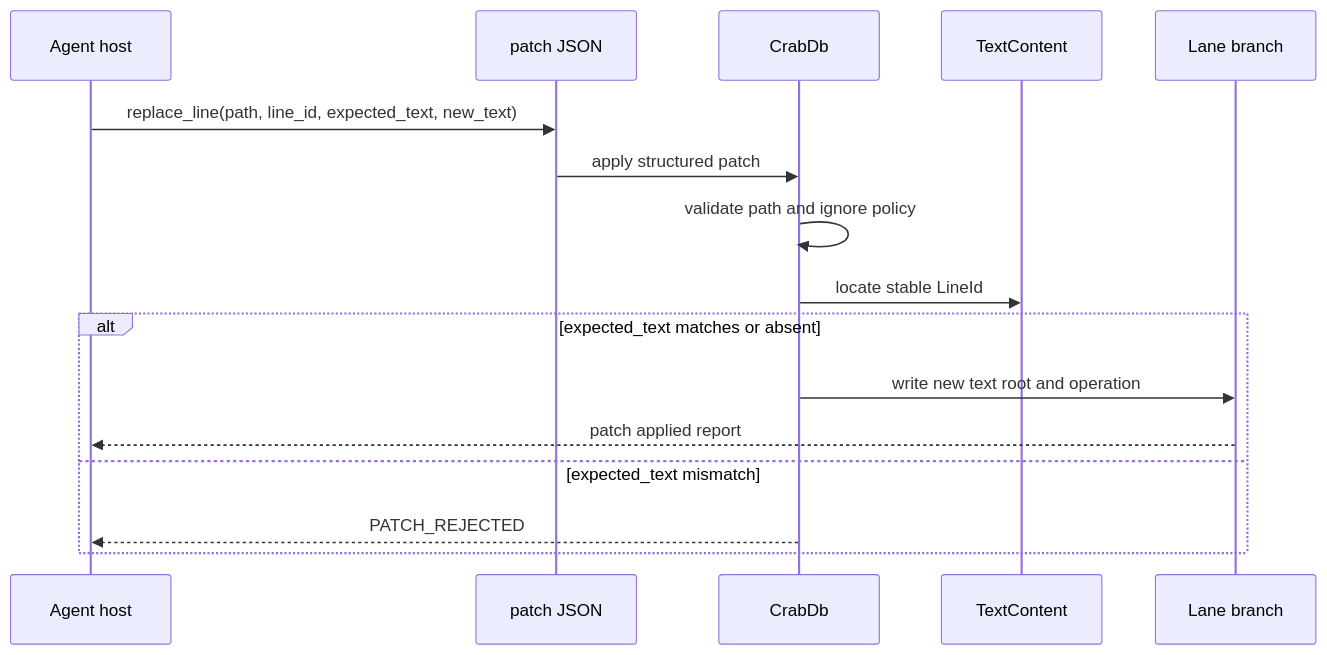
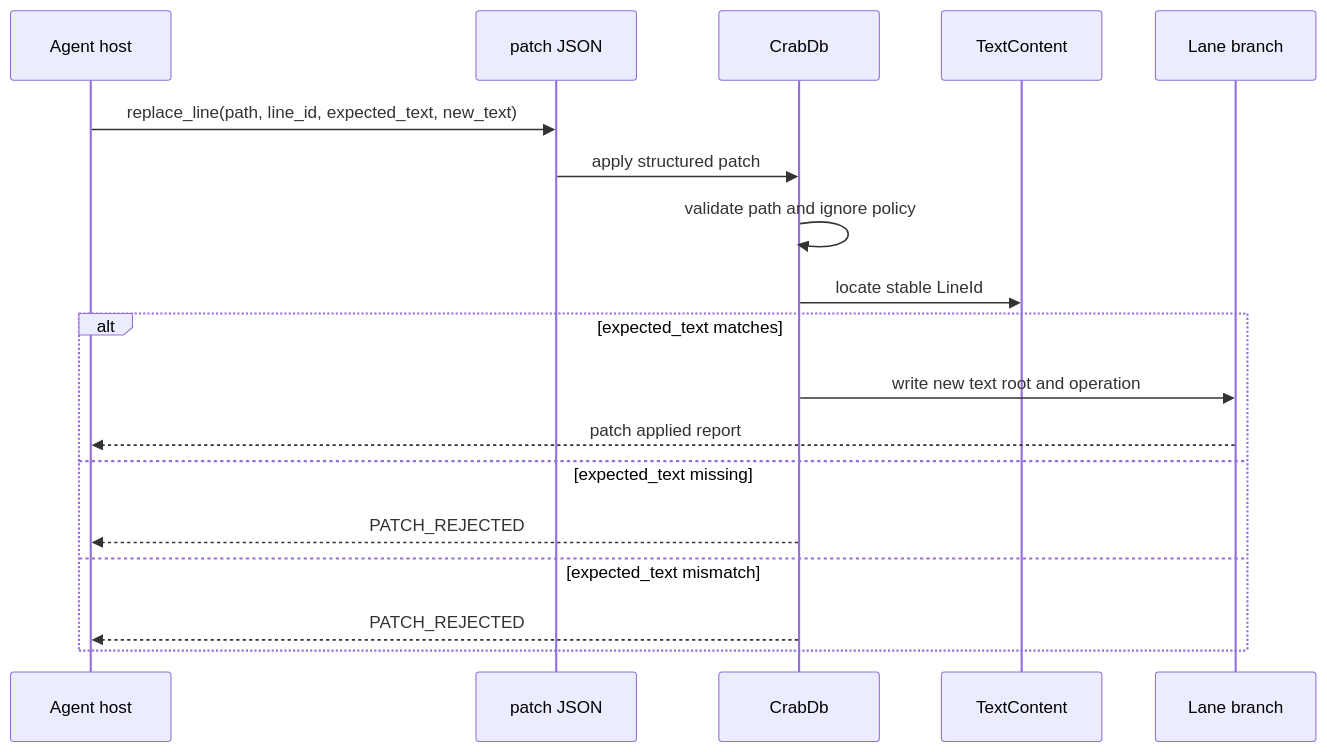
Before and after one commit to crabbuild/trail: the third of 3 diagrams in docs/design/text-and-line-identity.md, drawn with Mermaid. The commit also changed other lines of this file and 129 other files, not shown here.

````diff
--- a/docs/design/text-and-line-identity.md
+++ b/docs/design/text-and-line-identity.md
@@ -129,19 +129,21 @@
 ```mermaid
 sequenceDiagram
     participant Host as Agent host
     participant Patch as patch JSON
     participant DB as CrabDb
     participant Text as TextContent
     participant Branch as Lane branch
 
     Host->>Patch: replace_line(path, line_id, expected_text, new_text)
     Patch->>DB: apply structured patch
     DB->>DB: validate path and ignore policy
     DB->>Text: locate stable LineId
-    alt expected_text matches or absent
+    alt expected_text matches
         DB->>Branch: write new text root and operation
         Branch-->>Host: patch applied report
+    else expected_text missing
+        DB-->>Host: PATCH_REJECTED
     else expected_text mismatch
         DB-->>Host: PATCH_REJECTED
     end
 ```
````
